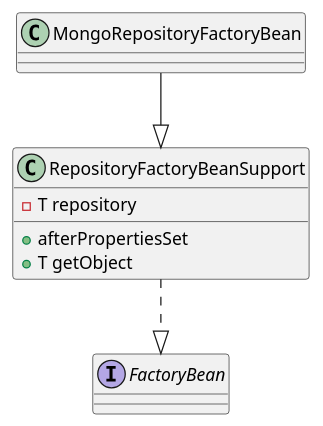
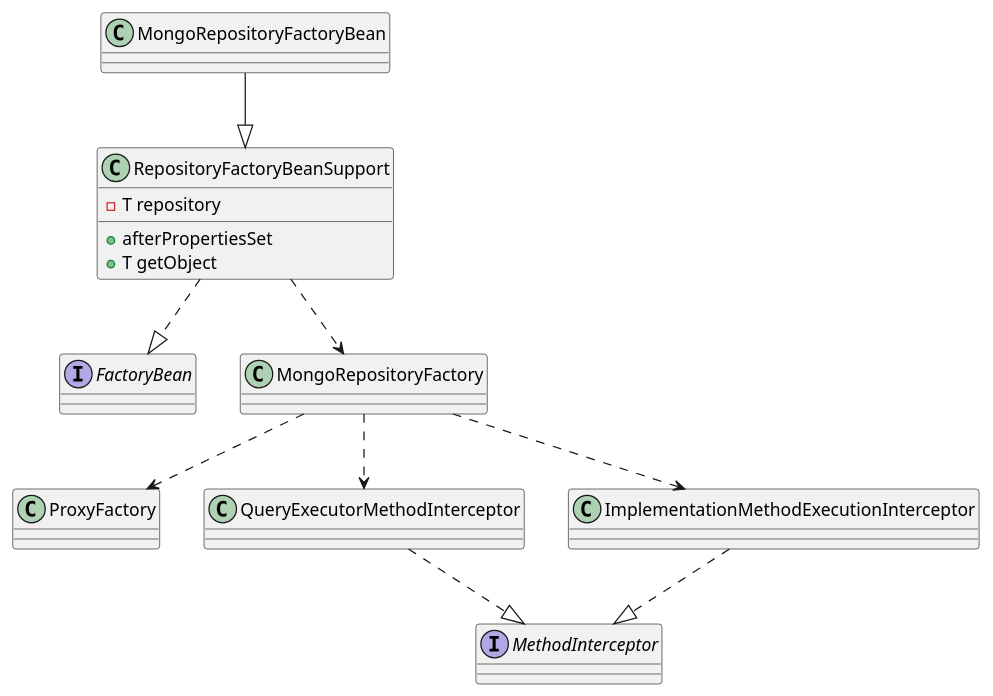
One commit to hoswey/hexo-blog changed the second of 4 diagrams in source/_posts/spring-data-mongo源码解析.md. Above: the diagram before and after it, drawn with PlantUML. The commit also changed other lines of this file, not shown here.

```diff
--- a/source/_posts/spring-data-mongo源码解析.md
+++ b/source/_posts/spring-data-mongo源码解析.md
@@ -419,12 +454,25 @@
 {% plantuml %}
 
 interface FactoryBean
 class MongoRepositoryFactoryBean
 class RepositoryFactoryBeanSupport {
 	{field} -T repository
 	{method} +afterPropertiesSet
 	{method} +T getObject
 }
+class MongoRepositoryFactory
+class ProxyFactory
+class QueryExecutorMethodInterceptor
+class ImplementationMethodExecutionInterceptor
+interface MethodInterceptor
+
 MongoRepositoryFactoryBean --|> RepositoryFactoryBeanSupport
 RepositoryFactoryBeanSupport ..|> FactoryBean
+RepositoryFactoryBeanSupport ..> MongoRepositoryFactory
+MongoRepositoryFactory ..> ProxyFactory
+MongoRepositoryFactory ..> QueryExecutorMethodInterceptor
+MongoRepositoryFactory ..> ImplementationMethodExecutionInterceptor
+QueryExecutorMethodInterceptor ..|> MethodInterceptor
+ImplementationMethodExecutionInterceptor ..|> MethodInterceptor
+
 {% endplantuml %}
```
